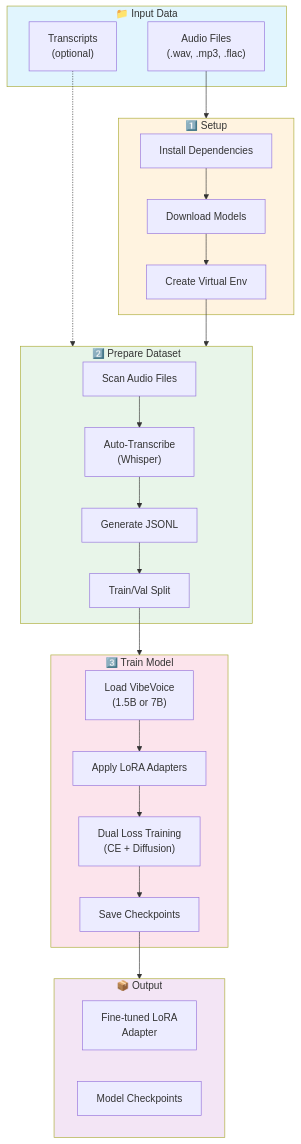
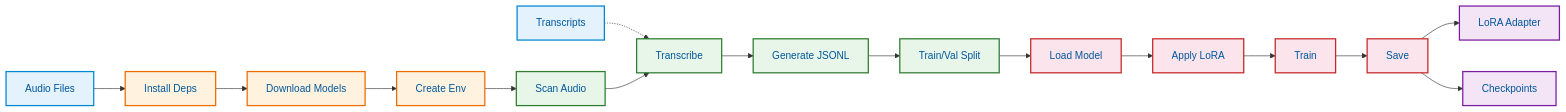
The diagram in docs/diagrams/workflow-overview.mmd (sruckh/VibeVoice-finetune-easy), drawn with Mermaid before and after one commit. The commit also changed 5 other files, not shown here.

First line of the commit message:
fix: optimize README diagrams for better display

```diff
--- a/docs/diagrams/workflow-overview.mmd
+++ b/docs/diagrams/workflow-overview.mmd
@@ -1,48 +1,22 @@
 %% VibeVoice Fine-tuning Workflow Overview
-%% Date: 2026-02-03
+%% Date: 2026-02-12
 
-flowchart TB
-    subgraph Input["📁 Input Data"]
-        A1["Audio Files<br/>(.wav, .mp3, .flac)"]
-        A2["Transcripts<br/>(optional)"]
-    end
-    
-    subgraph Step1["1️⃣ Setup"]
-        B1["Install Dependencies"]
-        B2["Download Models"]
-        B3["Create Virtual Env"]
-    end
-    
-    subgraph Step2["2️⃣ Prepare Dataset"]
-        C1["Scan Audio Files"]
-        C2["Auto-Transcribe<br/>(Whisper)"]
-        C3["Generate JSONL"]
-        C4["Train/Val Split"]
-    end
-    
-    subgraph Step3["3️⃣ Train Model"]
-        D1["Load VibeVoice<br/>(1.5B or 7B)"]
-        D2["Apply LoRA Adapters"]
-        D3["Dual Loss Training<br/>(CE + Diffusion)"]
-        D4["Save Checkpoints"]
-    end
-    
-    subgraph Output["📦 Output"]
-        E1["Fine-tuned LoRA<br/>Adapter"]
-        E2["Model Checkpoints"]
-    end
-    
-    A1 --> Step1
-    A2 -.-> Step2
-    
-    B1 --> B2 --> B3 --> Step2
-    
-    C1 --> C2 --> C3 --> C4 --> Step3
-    
-    D1 --> D2 --> D3 --> D4 --> Output
-    
-    style Input fill:#e1f5fe
-    style Step1 fill:#fff3e0
-    style Step2 fill:#e8f5e9
-    style Step3 fill:#fce4ec
-    style Output fill:#f3e5f5
+flowchart LR
+    classDef default fill:#e1f5fe,stroke:#0288d1,stroke-width:2px,color:#01579b
+    classDef input fill:#e3f2fd,stroke:#0288d1,stroke-width:2px,color:#01579b
+    classDef setup fill:#fff3e0,stroke:#ef6c00,stroke-width:2px,color:#01579b
+    classDef process fill:#e8f5e9,stroke:#2e7d32,stroke-width:2px,color:#01579b
+    classDef train fill:#fce4ec,stroke:#c62828,stroke-width:2px,color:#01579b
+    classDef output fill:#f3e5f5,stroke:#7b1fa2,stroke-width:2px,color:#01579b
+
+    A1["Audio Files"]:::input --> B1
+    A2["Transcripts"]:::input -.-> C2
+
+    B1["Install Deps"]:::setup --> B2["Download Models"]:::setup --> B3["Create Env"]:::setup --> C1
+
+    C1["Scan Audio"]:::process --> C2["Transcribe"]:::process --> C3["Generate JSONL"]:::process --> C4["Train/Val Split"]:::process --> D1
+
+    D1["Load Model"]:::train --> D2["Apply LoRA"]:::train --> D3["Train"]:::train --> D4["Save"]:::train --> E1
+
+    E1["LoRA Adapter"]:::output
+    D4 --> E2["Checkpoints"]:::output
```
